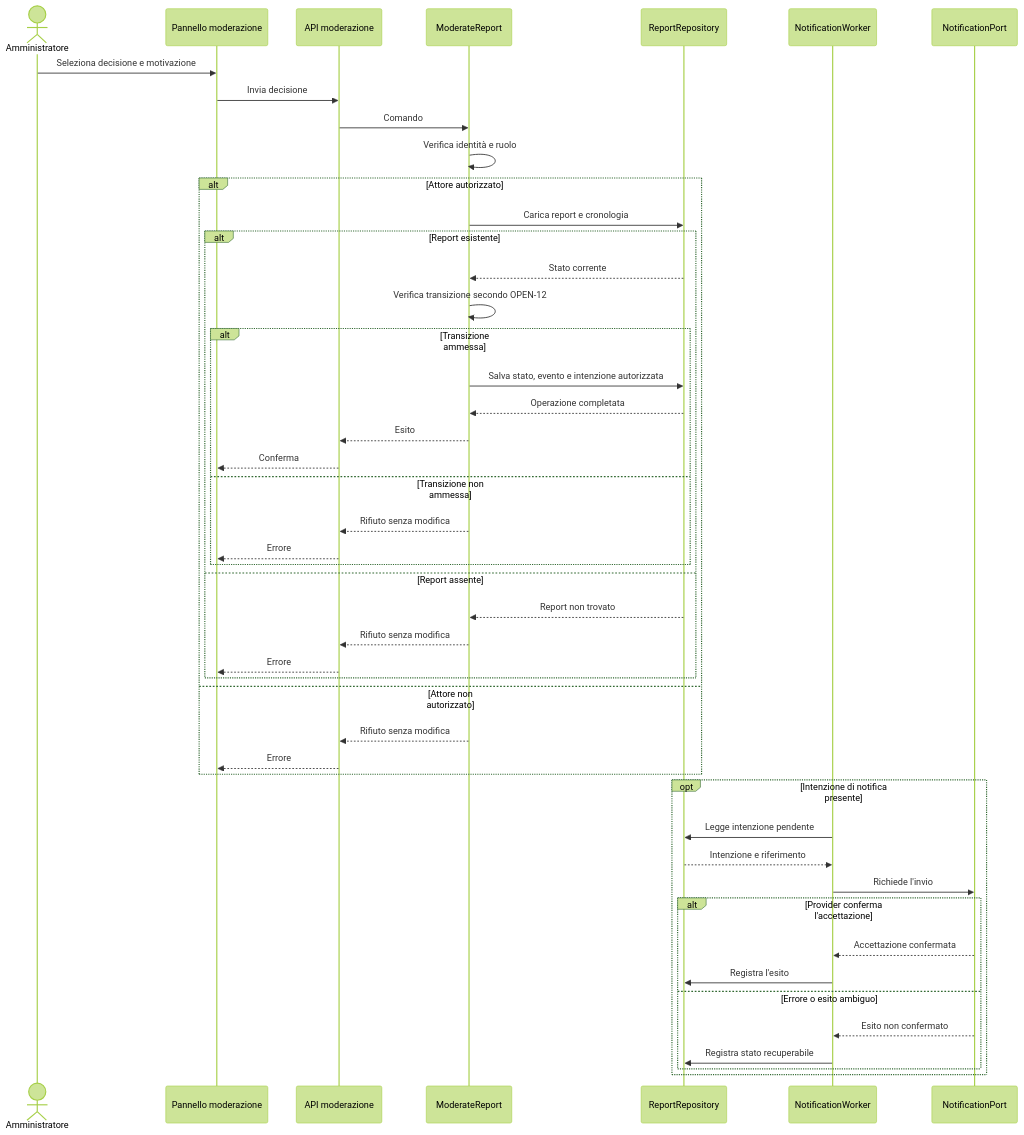
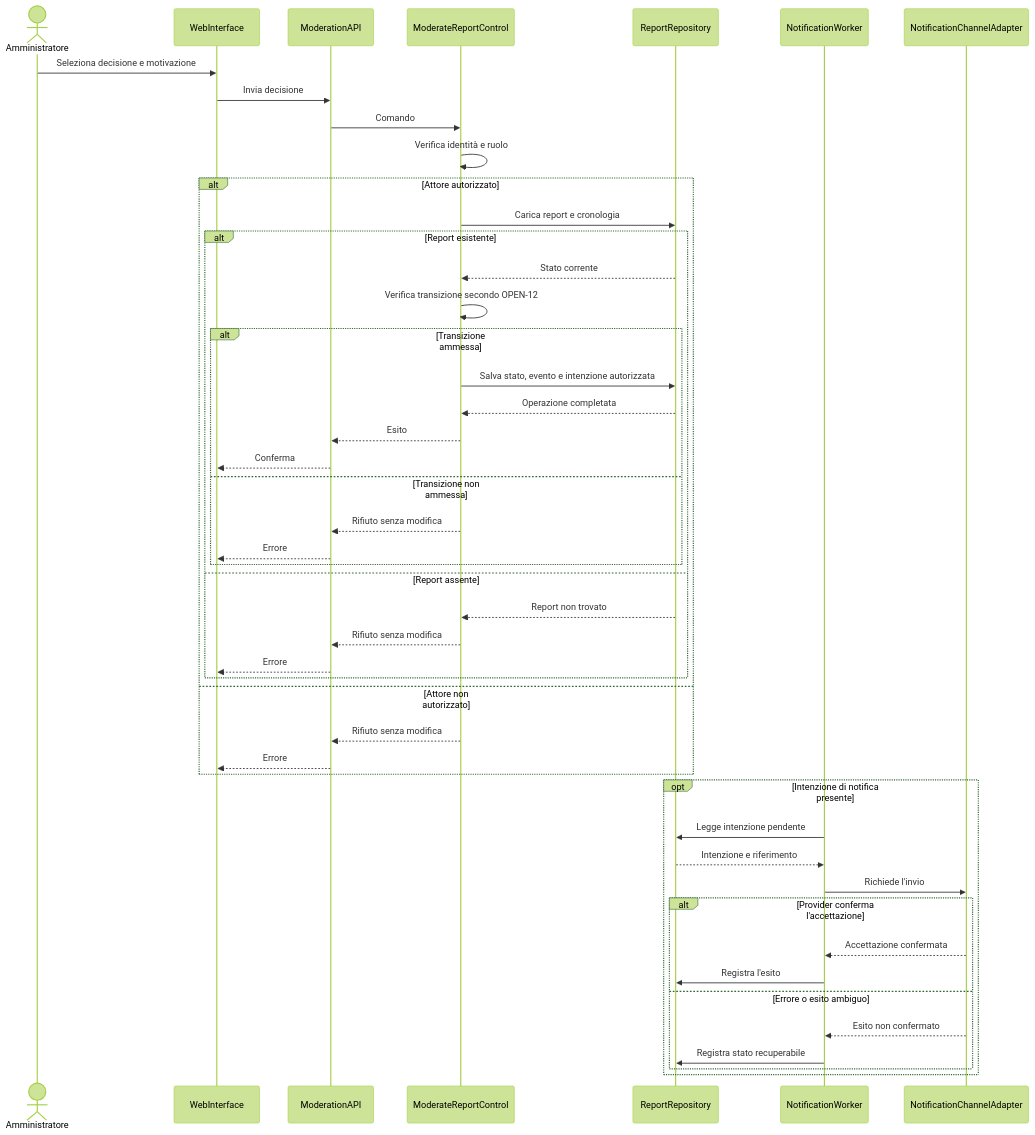
Before and after one commit to andreaplini/aegis: the seventh of 9 diagrams in docs/RAD.md, drawn with Mermaid (forest theme). The commit also changed other lines of this file and 3 other files, not shown here.

Commit message:
docs: simplify domain model and name UML objects

````diff
--- a/docs/RAD.md
+++ b/docs/RAD.md
@@ -646,50 +616,50 @@
 ```mermaid
 sequenceDiagram
   accDescr: La moderazione registra transizione, evento e intenzione di notifica autorizzata in modo atomico. Un worker invia la notifica dopo il commit e registra gli esiti.
   actor A as Amministratore
-  participant UI as Pannello moderazione
-  participant API as API moderazione
-  participant UC as ModerateReport
+  participant UI as WebInterface
+  participant API as ModerationAPI
+  participant UC as ModerateReportControl
   participant Repo as ReportRepository
   participant W as NotificationWorker
-  participant N as NotificationPort
+  participant N as NotificationChannelAdapter
   A->>UI: Seleziona decisione e motivazione
   UI->>API: Invia decisione
   API->>UC: Comando
   UC->>UC: Verifica identità e ruolo
   alt Attore autorizzato
     UC->>Repo: Carica report e cronologia
     alt Report esistente
       Repo-->>UC: Stato corrente
       UC->>UC: Verifica transizione secondo OPEN-12
       alt Transizione ammessa
         UC->>Repo: Salva stato, evento e intenzione autorizzata
         Repo-->>UC: Operazione completata
         UC-->>API: Esito
         API-->>UI: Conferma
       else Transizione non ammessa
         UC-->>API: Rifiuto senza modifica
         API-->>UI: Errore
       end
     else Report assente
       Repo-->>UC: Report non trovato
       UC-->>API: Rifiuto senza modifica
       API-->>UI: Errore
     end
   else Attore non autorizzato
     UC-->>API: Rifiuto senza modifica
     API-->>UI: Errore
   end
   opt Intenzione di notifica presente
     W->>Repo: Legge intenzione pendente
     Repo-->>W: Intenzione e riferimento
     W->>N: Richiede l'invio
     alt Provider conferma l'accettazione
       N-->>W: Accettazione confermata
       W->>Repo: Registra l'esito
     else Errore o esito ambiguo
       N-->>W: Esito non confermato
       W->>Repo: Registra stato recuperabile
     end
   end
 ```
````
